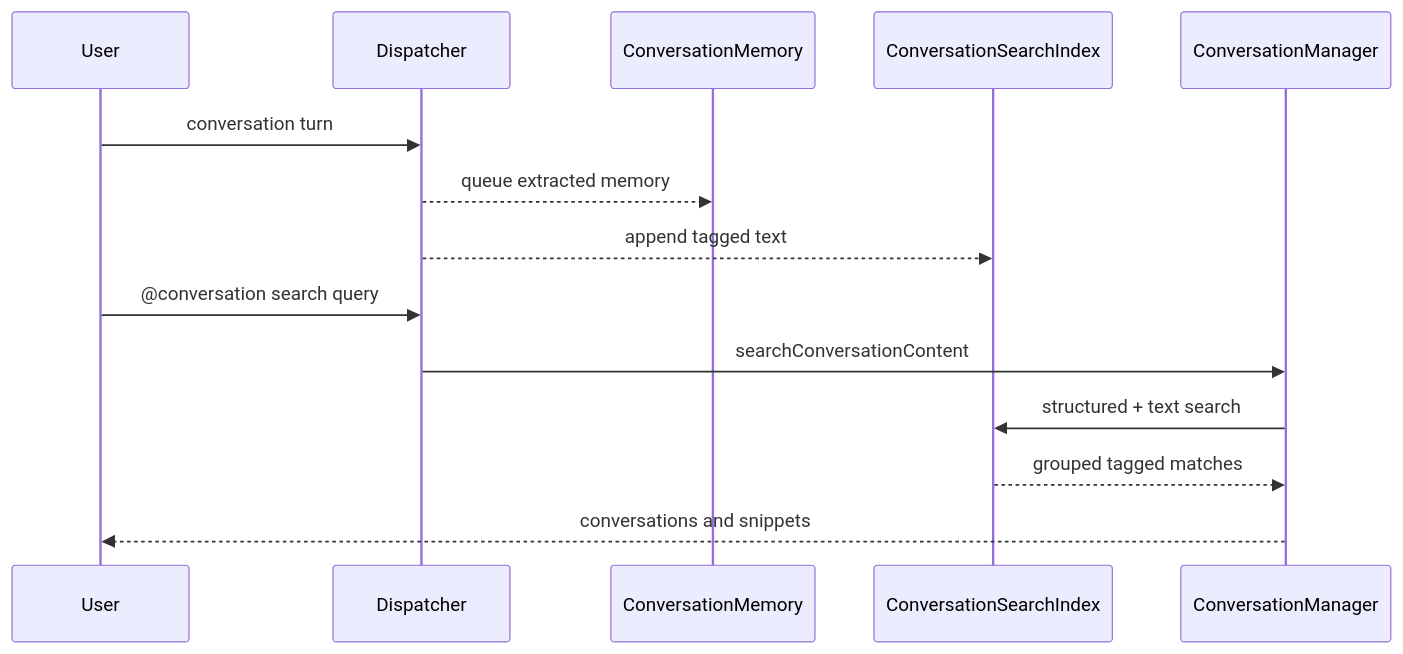
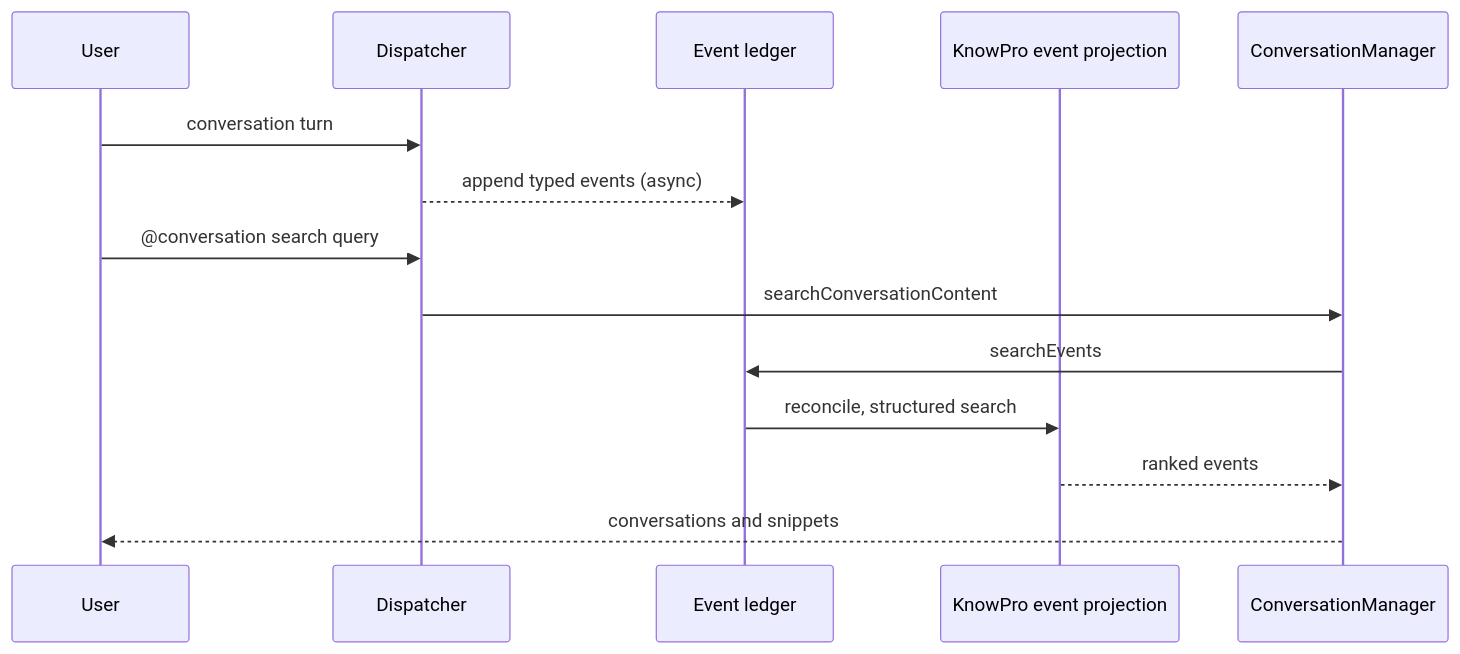
Before and after one commit to microsoft/TypeAgent: the second of 3 diagrams in ts/docs/architecture/memory/current-system.md, drawn with Mermaid. The commit also changed other lines of this file and 71 other files, not shown here.

````diff
--- a/ts/docs/architecture/memory/current-system.md
+++ b/ts/docs/architecture/memory/current-system.md
@@ -100,17 +113,17 @@
 ```mermaid
 sequenceDiagram
     participant User
     participant Dispatcher
-    participant Local as ConversationMemory
-    participant Unified as ConversationSearchIndex
+    participant Ledger as Event ledger
+    participant Index as KnowPro event projection
     participant Manager as ConversationManager
 
     User->>Dispatcher: conversation turn
-    Dispatcher-->>Local: queue extracted memory
-    Dispatcher-->>Unified: append tagged text
+    Dispatcher-->>Ledger: append typed events (async)
     User->>Dispatcher: @conversation search query
     Dispatcher->>Manager: searchConversationContent
-    Manager->>Unified: structured + text search
-    Unified-->>Manager: grouped tagged matches
+    Manager->>Ledger: searchEvents
+    Ledger->>Index: reconcile, structured search
+    Index-->>Manager: ranked events
     Manager-->>User: conversations and snippets
 ```
````
